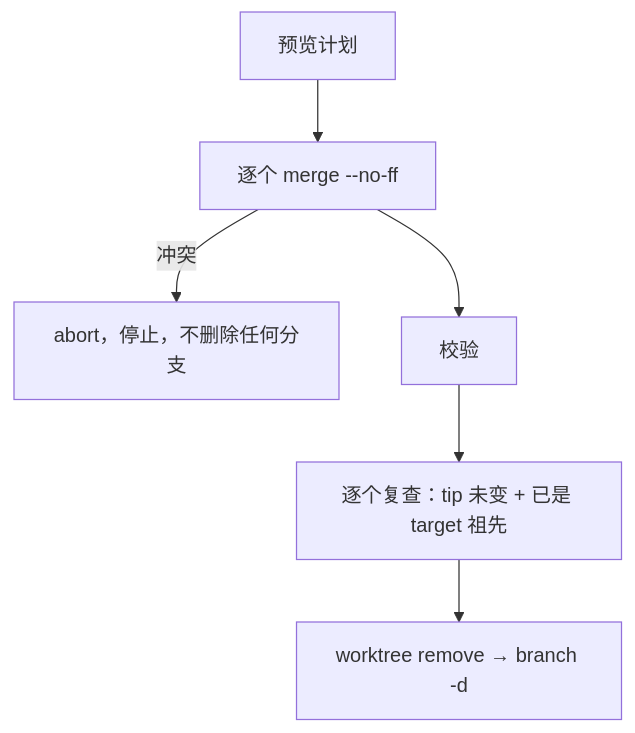
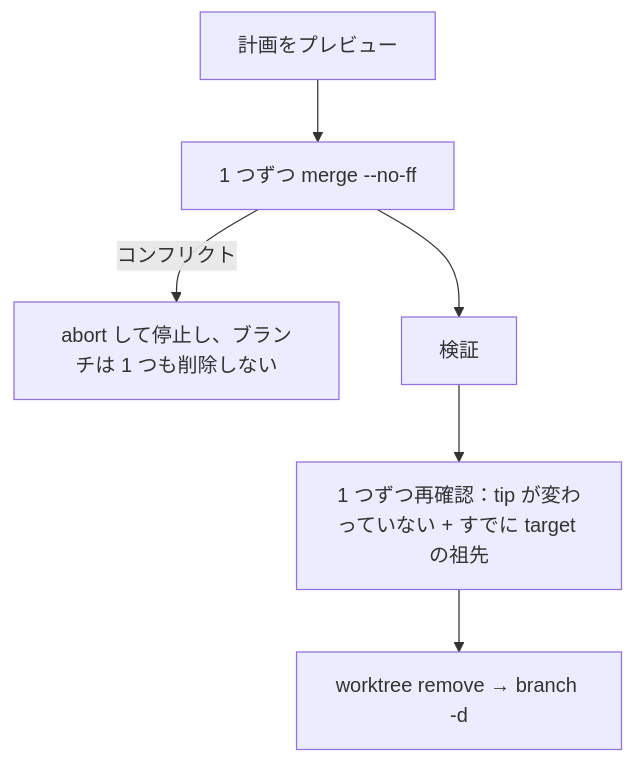
The third of 4 diagrams in README.ja.md (UlyssesLeoLee/MAGOS), drawn with Mermaid before and after one commit. The commit also changed other lines of this file and 1 other file, not shown here.

First line of the commit message:
docs: the Japanese README writes its diagrams and command comments in Japanese

````diff
--- a/README.ja.md
+++ b/README.ja.md
@@ -670,8 +670,8 @@
 ```mermaid
 flowchart TD
-    A["预览计划"] --> B["逐个 merge --no-ff"]
-    B -->|"冲突"| X["abort，停止，不删除任何分支"]
-    B --> C["校验"]
-    C --> D["逐个复查：tip 未变 + 已是 target 祖先"]
+    A["計画をプレビュー"] --> B["1 つずつ merge --no-ff"]
+    B -->|"コンフリクト"| X["abort して停止し、ブランチは 1 つも削除しない"]
+    B --> C["検証"]
+    C --> D["1 つずつ再確認：tip が変わっていない + すでに target の祖先"]
     D --> E["worktree remove → branch -d"]
 ```
````
